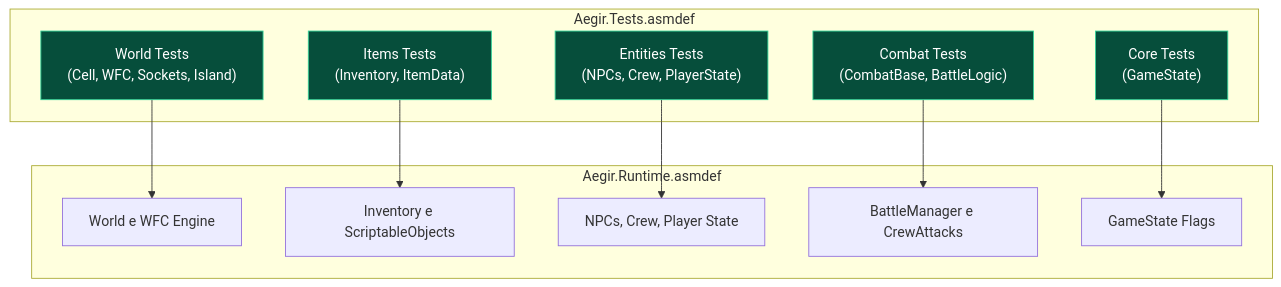
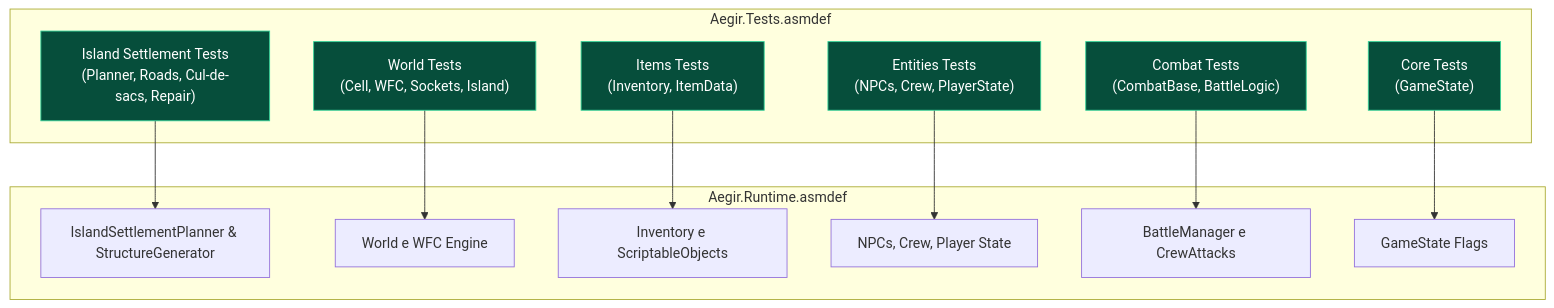
The eighth of 8 diagrams in Assets/Project/Scripts/ARCHITECTURE.md (wasd-ufs/Aegir), drawn with Mermaid before and after one commit. The commit also changed other lines of this file, not shown here.

First line of the commit message:
docs(architecture): atualizar diagramas e matriz de aderencia com IslandSettlementPlanner e StructureGenerator

````diff
--- a/Assets/Project/Scripts/ARCHITECTURE.md
+++ b/Assets/Project/Scripts/ARCHITECTURE.md
@@ -317,30 +329,34 @@
 ```mermaid
 graph TD
     subgraph Subgraph_Tests ["Aegir.Tests.asmdef"]
+        T_Settlement["Island Settlement Tests<br/>(Planner, Roads, Cul-de-sacs, Repair)"]
         T_World["World Tests<br/>(Cell, WFC, Sockets, Island)"]
         T_Items["Items Tests<br/>(Inventory, ItemData)"]
         T_Entities["Entities Tests<br/>(NPCs, Crew, PlayerState)"]
         T_Combat["Combat Tests<br/>(CombatBase, BattleLogic)"]
         T_Core["Core Tests<br/>(GameState)"]
     end
 
     subgraph Subgraph_Runtime ["Aegir.Runtime.asmdef"]
+        R_Settlement["IslandSettlementPlanner & StructureGenerator"]
         R_World["World e WFC Engine"]
         R_Items["Inventory e ScriptableObjects"]
         R_Entities["NPCs, Crew, Player State"]
         R_Combat["BattleManager e CrewAttacks"]
         R_Core["GameState Flags"]
     end
 
+    T_Settlement --> R_Settlement
     T_World --> R_World
     T_Items --> R_Items
     T_Entities --> R_Entities
     T_Combat --> R_Combat
     T_Core --> R_Core
 
+    style T_Settlement fill:#064e3b,stroke:#34d399,stroke-width:1px,color:#fff
     style T_World fill:#064e3b,stroke:#34d399,stroke-width:1px,color:#fff
     style T_Items fill:#064e3b,stroke:#34d399,stroke-width:1px,color:#fff
     style T_Entities fill:#064e3b,stroke:#34d399,stroke-width:1px,color:#fff
     style T_Combat fill:#064e3b,stroke:#34d399,stroke-width:1px,color:#fff
     style T_Core fill:#064e3b,stroke:#34d399,stroke-width:1px,color:#fff
 ```
````
